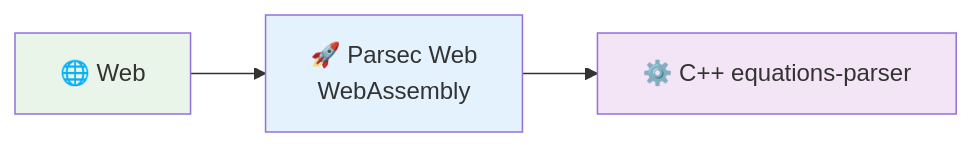
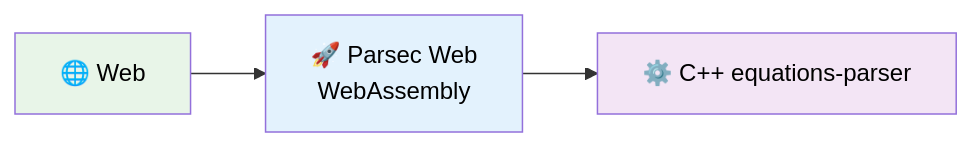
One commit to oxeanbits/parsec-web changed the second of 2 diagrams in README.md. Above: the diagram before and after it, drawn with Mermaid. The commit also changed other lines of this file, not shown here.

````diff
--- a/README.md
+++ b/README.md
@@ -30,8 +30,8 @@
 ```mermaid
 graph LR
     A[🌐 Web] --> B[🚀 Parsec Web<br/>WebAssembly] --> C[⚙️ C++ equations-parser]
     
-    style A fill:#e8f5e8
-    style B fill:#e3f2fd
-    style C fill:#f3e5f5
+    style A fill:#e8f5e8,color:#000000
+    style B fill:#e3f2fd,color:#000000
+    style C fill:#f3e5f5,color:#000000
 ```
````
